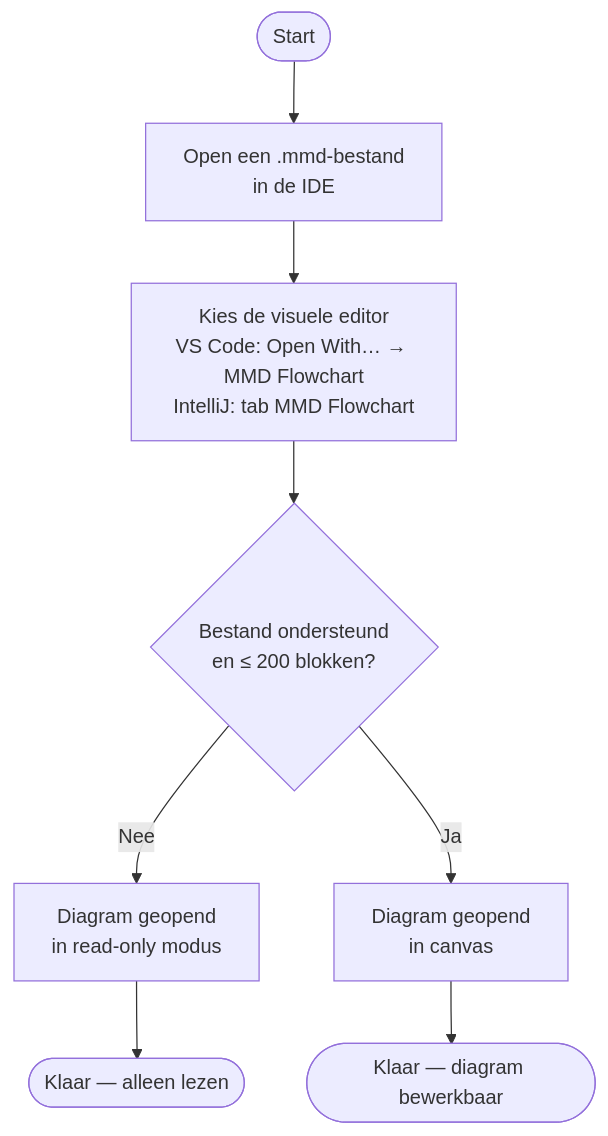
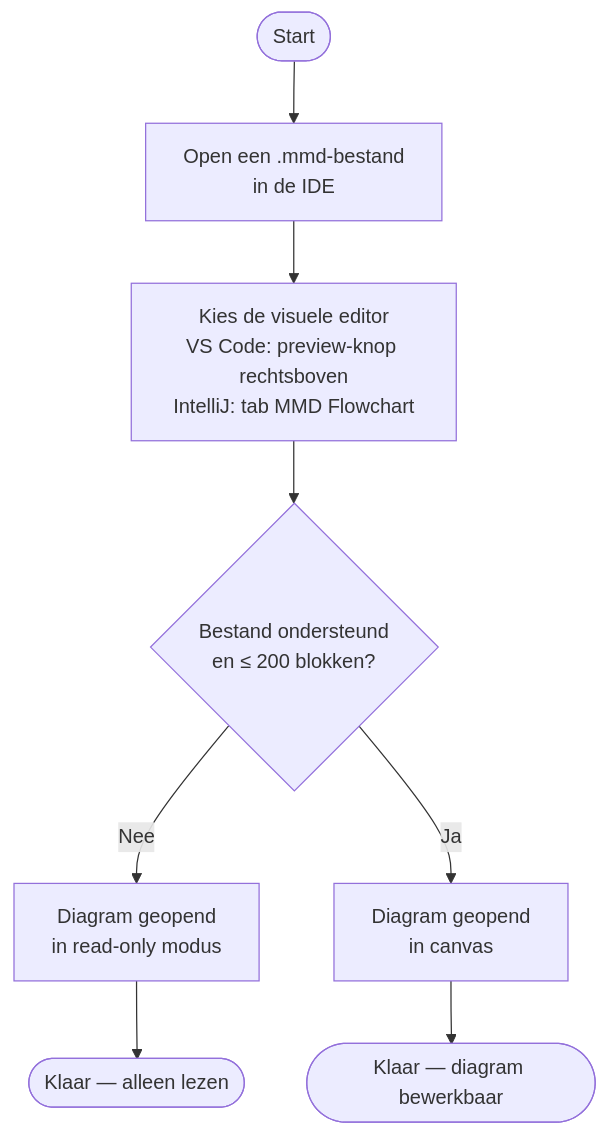
Diagram 12 of 18 in docs/USERFLOWS.md (GRJX/mmd-flowchart), drawn with Mermaid before and after one commit. The commit also changed other lines of this file and 11 other files, not shown here.

Commit message:
feat: enhance VS Code integration and user experience in MMD Flowchart editor

````diff
--- a/docs/USERFLOWS.md
+++ b/docs/USERFLOWS.md
@@ -246,10 +246,10 @@
 ```mermaid
 flowchart TD
     A([Start]) --> B["Open een .mmd-bestand<br>in de IDE"]
-    B --> C["Kies de visuele editor<br>VS Code: Open With… → MMD Flowchart<br>IntelliJ: tab MMD Flowchart"]
+    B --> C["Kies de visuele editor<br>VS Code: preview-knop rechtsboven<br>IntelliJ: tab MMD Flowchart"]
     C --> D{"Bestand ondersteund<br>en ≤ 200 blokken?"}
     D -- Nee --> E["Diagram geopend<br>in read-only modus"]
     D -- Ja --> F["Diagram geopend<br>in canvas"]
     F --> G([Klaar — diagram bewerkbaar])
     E --> H([Klaar — alleen lezen])
 ```
````
